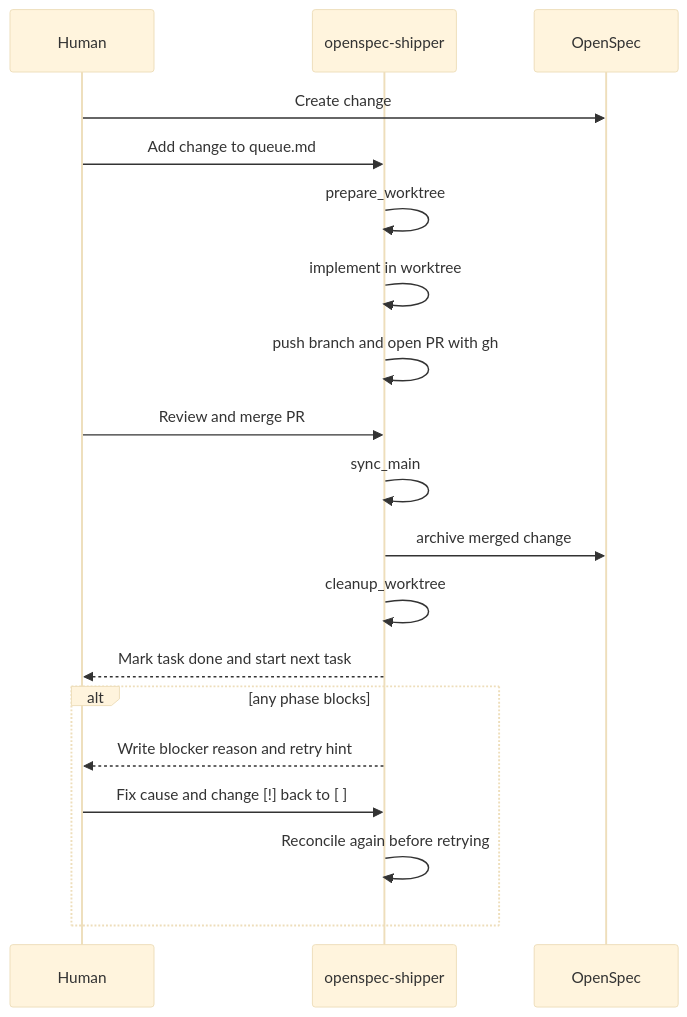
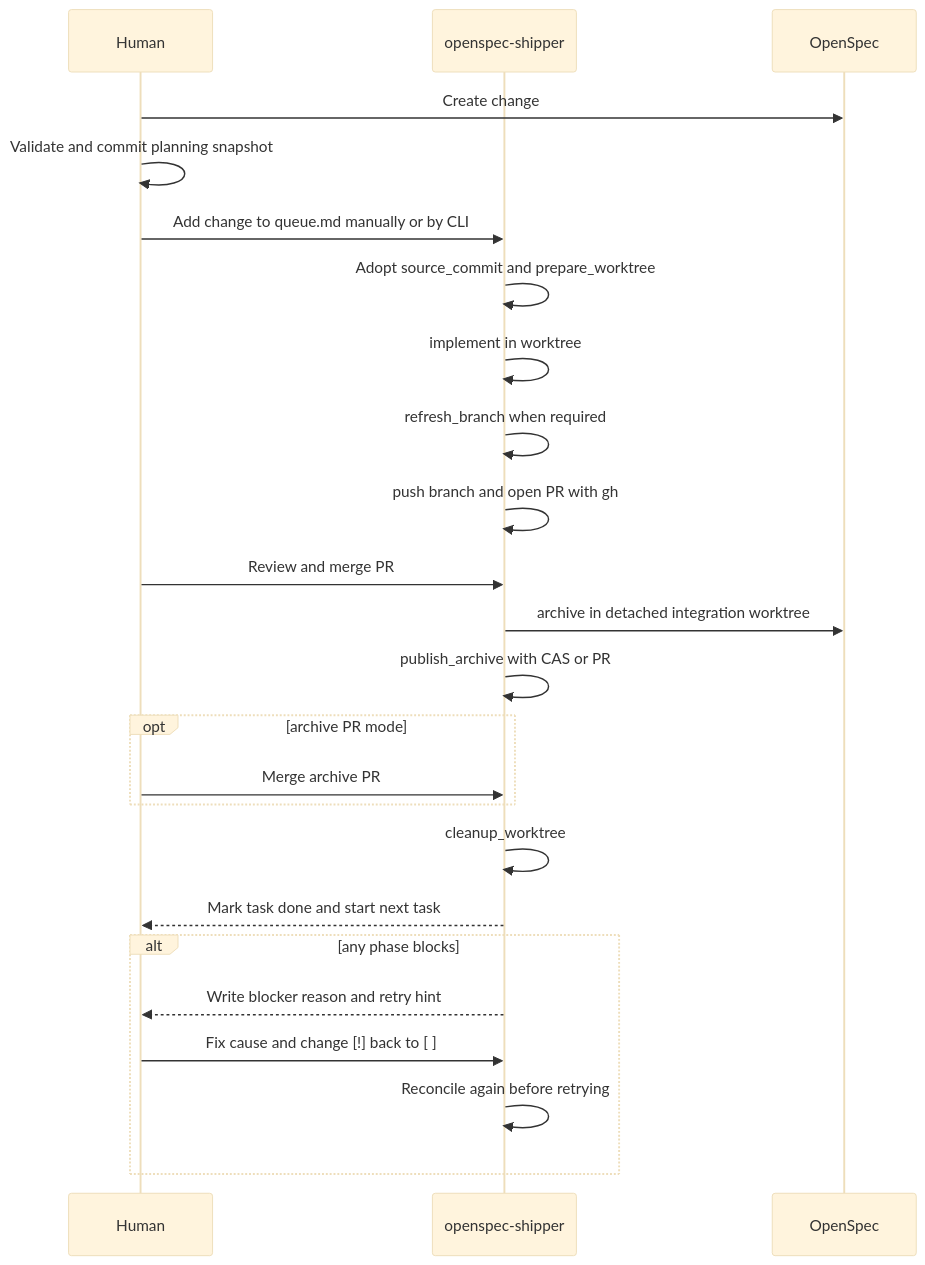
The diagram in README.md (javigomez/openspec-shipper), drawn with Mermaid (base theme) before and after one commit. The commit also changed other lines of this file and 28 other files, not shown here.

````diff
--- a/README.md
+++ b/README.md
@@ -266,23 +286,28 @@
 ```mermaid
 sequenceDiagram
   participant Human
   participant Shipper as openspec-shipper
   participant OpenSpec
 
   Human->>OpenSpec: Create change
-  Human->>Shipper: Add change to queue.md
-  Shipper->>Shipper: prepare_worktree
+  Human->>Human: Validate and commit planning snapshot
+  Human->>Shipper: Add change to queue.md manually or by CLI
+  Shipper->>Shipper: Adopt source_commit and prepare_worktree
   Shipper->>Shipper: implement in worktree
+  Shipper->>Shipper: refresh_branch when required
   Shipper->>Shipper: push branch and open PR with gh
   Human->>Shipper: Review and merge PR
-  Shipper->>Shipper: sync_main
-  Shipper->>OpenSpec: archive merged change
+  Shipper->>OpenSpec: archive in detached integration worktree
+  Shipper->>Shipper: publish_archive with CAS or PR
+  opt archive PR mode
+    Human->>Shipper: Merge archive PR
+  end
   Shipper->>Shipper: cleanup_worktree
   Shipper-->>Human: Mark task done and start next task
 
   alt any phase blocks
     Shipper-->>Human: Write blocker reason and retry hint
     Human->>Shipper: Fix cause and change [!] back to [ ]
     Shipper->>Shipper: Reconcile again before retrying
   end
 ```
````
